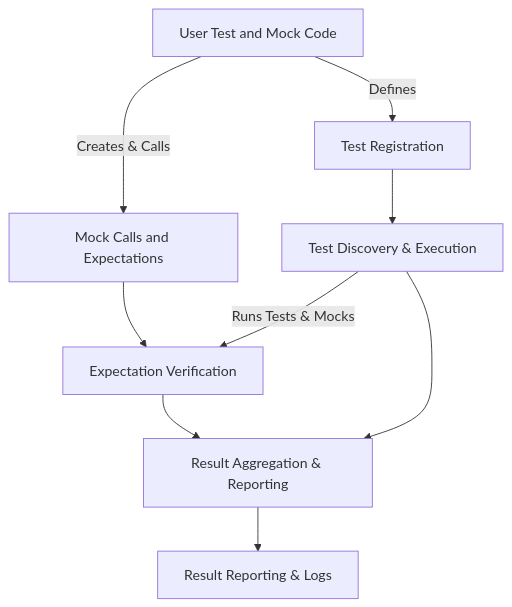
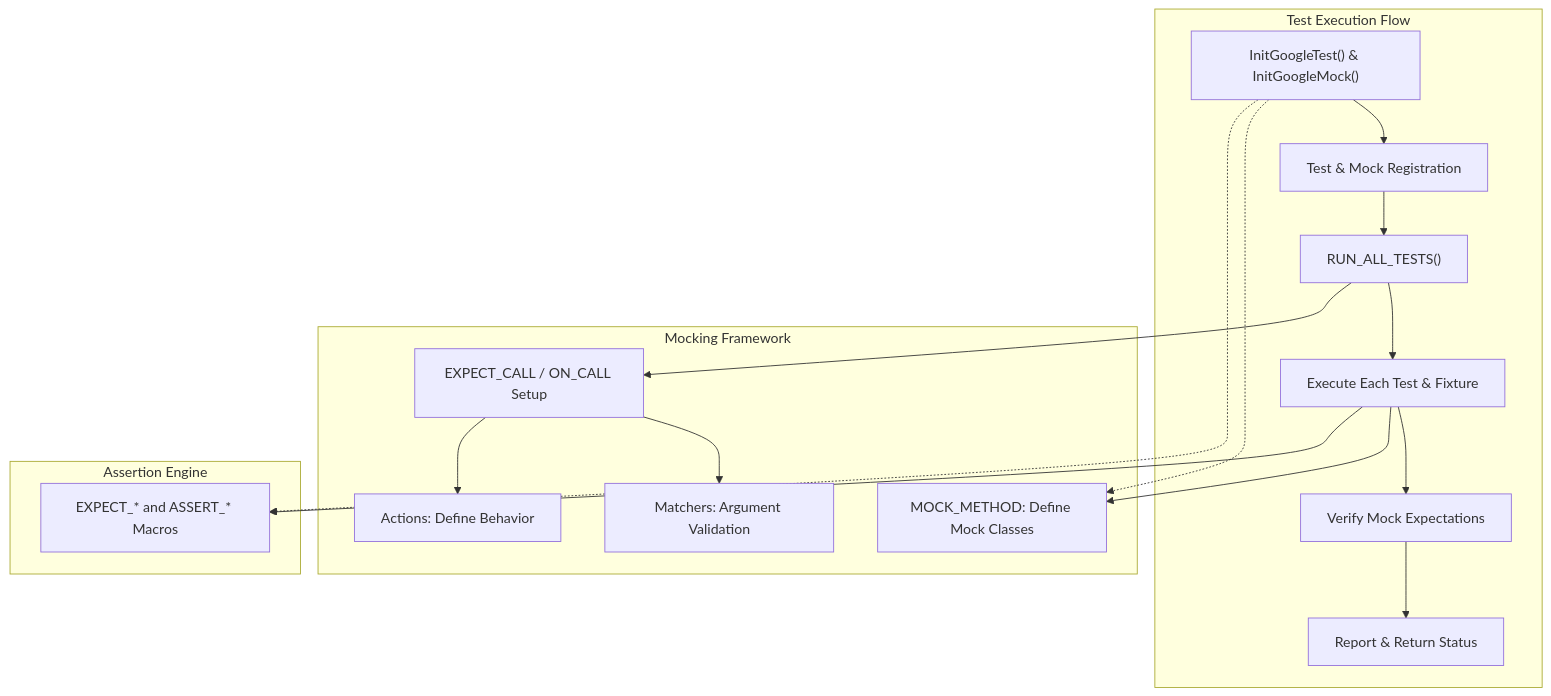
The diagram in concepts/core-architecture/architecture-overview.mdx (clidey/docucod-public-project-869ef7c3-7eff-4ad2-9765-2698303f14d7), drawn with Mermaid before and after one commit. The commit also changed other lines of this file and 55 other files, not shown here.

````diff
--- a/concepts/core-architecture/architecture-overview.mdx
+++ b/concepts/core-architecture/architecture-overview.mdx
@@ -113,14 +137,30 @@
 ```mermaid
 flowchart TD
-  UserCode["User Test and Mock Code"] -->|Defines| TestRegistration["Test Registration"]
-  UserCode -->|Creates & Calls| MockInvocation["Mock Calls and Expectations"]
+  subgraph Test Execution Flow
+    Init["InitGoogleTest() & InitGoogleMock()"] --> Register["Test & Mock Registration"]
+    Register --> RunTests["RUN_ALL_TESTS()"]
+    RunTests --> ExecTest["Execute Each Test & Fixture"]
+    ExecTest --> VerifyMocks["Verify Mock Expectations"]
+    VerifyMocks --> Report["Report & Return Status"]
+  end
 
-  TestRegistration --> TestDiscovery["Test Discovery & Execution"]
-  MockInvocation --> ExpectationVerification["Expectation Verification"]
+  subgraph Mocking Framework
+    MockDef["MOCK_METHOD: Define Mock Classes"]
+    Expectation["EXPECT_CALL / ON_CALL Setup"]
+    Matcher["Matchers: Argument Validation"]
+    Action["Actions: Define Behavior"]
 
-  TestDiscovery -->|Runs Tests & Mocks| ExpectationVerification
-  ExpectationVerification --> ResultAggregation["Result Aggregation & Reporting"]
-  TestDiscovery --> ResultAggregation
+    RunTests --> Expectation
+    Expectation --> Matcher
+    Expectation --> Action
+    ExecTest --> MockDef
+  end
 
-  ResultAggregation --> Reporting["Result Reporting & Logs"]
+  subgraph Assertion Engine
+    Assertion["EXPECT_* and ASSERT_* Macros"]
+    ExecTest --> Assertion
+  end
+
+  Init -.-> MockDef
+  Init -.-> Assertion
 ```
````
